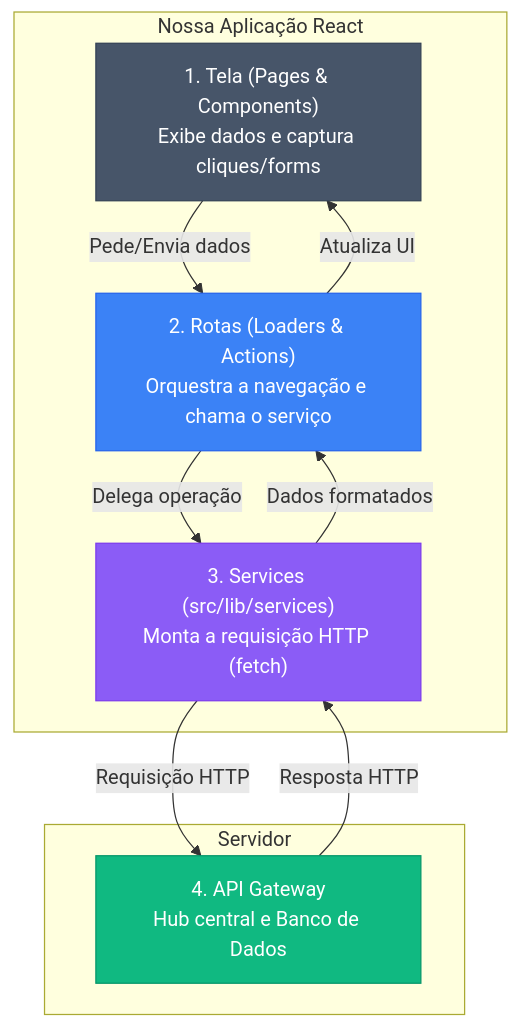
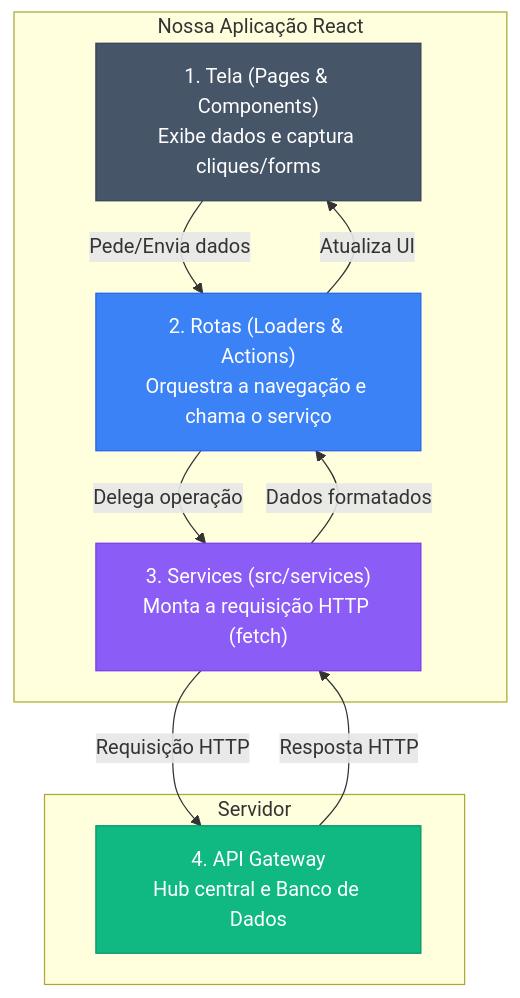
Before and after one commit to Nando006/feedback-analytics: the diagram in docs/frontend/arquitetura-estrutura.md, drawn with Mermaid. The commit also changed other lines of this file and 1 other file, not shown here.

````diff
--- a/docs/frontend/arquitetura-estrutura.md
+++ b/docs/frontend/arquitetura-estrutura.md
@@ -13,31 +13,31 @@
 ```mermaid
 graph TD
     subgraph Frontend ["Nossa Aplicação React"]
         UI["1. Tela (Pages & Components)<br/>Exibe dados e captura cliques/forms"]
         Route["2. Rotas (Loaders & Actions)<br/>Orquestra a navegação e chama o serviço"]
-        Service["3. Services (src/lib/services)<br/>Monta a requisição HTTP (fetch)"]
+        Service["3. Services (src/services)<br/>Monta a requisição HTTP (fetch)"]
     end
 
     subgraph Backend ["Servidor"]
         Gateway["4. API Gateway<br/>Hub central e Banco de Dados"]
     end
 
     %% Fluxo de ida e volta
     UI -- "Pede/Envia dados" --> Route
     Route -- "Delega operação" --> Service
     Service -- "Requisição HTTP" --> Gateway
     
     Gateway -- "Resposta HTTP" --> Service
     Service -- "Dados formatados" --> Route
     Route -- "Atualiza UI" --> UI
 
     classDef ui fill:#475569,stroke:#334155,color:#fff
     classDef route fill:#3b82f6,stroke:#2563eb,color:#fff
     classDef service fill:#8b5cf6,stroke:#7c3aed,color:#fff
     classDef server fill:#10b981,stroke:#059669,color:#fff
     
     class UI ui;
     class Route route;
     class Service service;
     class Gateway server;
 ```
````
